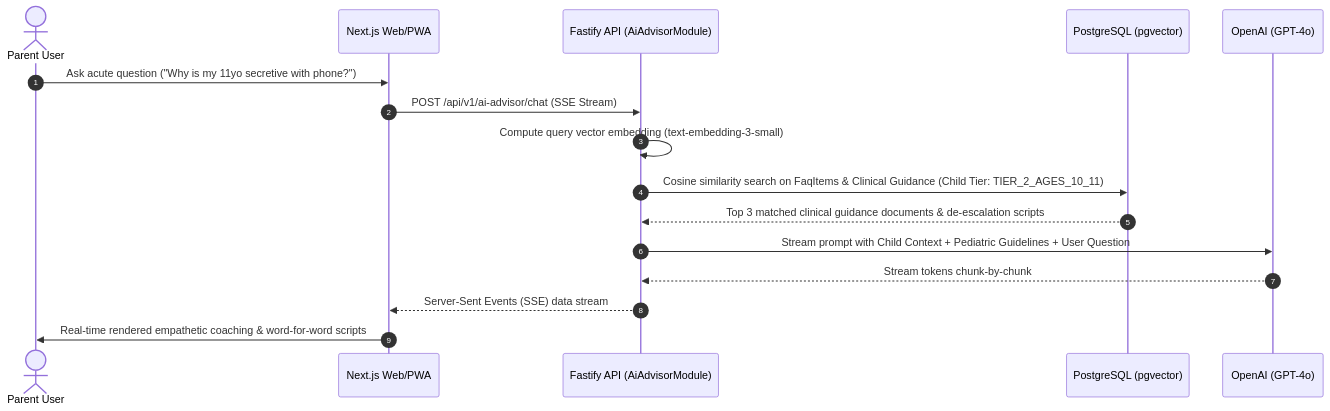
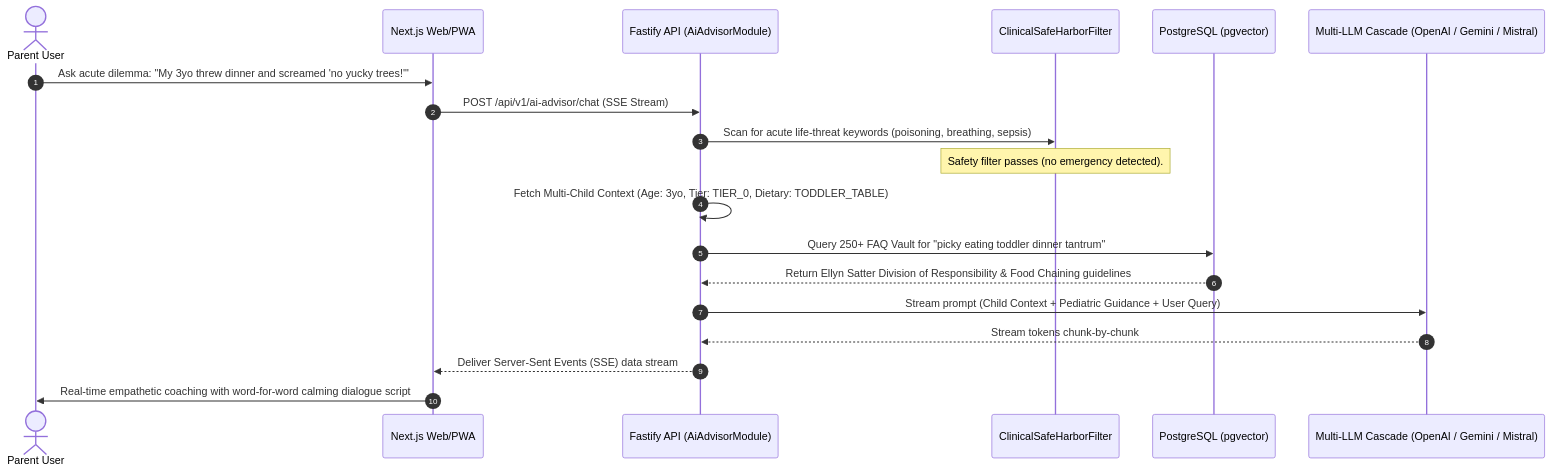
One commit to Souheil007/AlongSide changed the fourth of 4 diagrams in docs/system-architecture.md. Above: the diagram before and after it, drawn with Mermaid. The commit also changed other lines of this file and 14 other files, not shown here.

````diff
--- a/docs/system-architecture.md
+++ b/docs/system-architecture.md
@@ -268,20 +305,24 @@
 ```mermaid
 sequenceDiagram
     autonumber
     actor Parent as Parent User
     participant Web as Next.js Web/PWA
     participant API as Fastify API (AiAdvisorModule)
+    participant SafetyFilter as ClinicalSafeHarborFilter
     participant VectorDB as PostgreSQL (pgvector)
-    participant LLM as OpenAI (GPT-4o)
+    participant LLM as Multi-LLM Cascade (OpenAI / Gemini / Mistral)
 
-    Parent->>Web: Ask acute question ("Why is my 11yo secretive with phone?")
+    Parent->>Web: Ask acute dilemma: "My 3yo threw dinner and screamed 'no yucky trees!'"
     Web->>API: POST /api/v1/ai-advisor/chat (SSE Stream)
-    API->>API: Compute query vector embedding (text-embedding-3-small)
-    API->>VectorDB: Cosine similarity search on FaqItems & Clinical Guidance (Child Tier: TIER_2_AGES_10_11)
-    VectorDB-->>API: Top 3 matched clinical guidance documents & de-escalation scripts
+    API->>SafetyFilter: Scan for acute life-threat keywords (poisoning, breathing, sepsis)
+    Note over SafetyFilter: Safety filter passes (no emergency detected).
     
-    API->>LLM: Stream prompt with Child Context + Pediatric Guidelines + User Question
+    API->>API: Fetch Multi-Child Context (Age: 3yo, Tier: TIER_0, Dietary: TODDLER_TABLE)
+    API->>VectorDB: Query 250+ FAQ Vault for "picky eating toddler dinner tantrum"
+    VectorDB-->>API: Return Ellyn Satter Division of Responsibility & Food Chaining guidelines
+    
+    API->>LLM: Stream prompt (Child Context + Pediatric Guidance + User Query)
     LLM-->>API: Stream tokens chunk-by-chunk
-    API-->>Web: Server-Sent Events (SSE) data stream
-    Web->>Parent: Real-time rendered empathetic coaching & word-for-word scripts
+    API-->>Web: Deliver Server-Sent Events (SSE) data stream
+    Web->>Parent: Real-time empathetic coaching with word-for-word calming dialogue script
 ```
````
